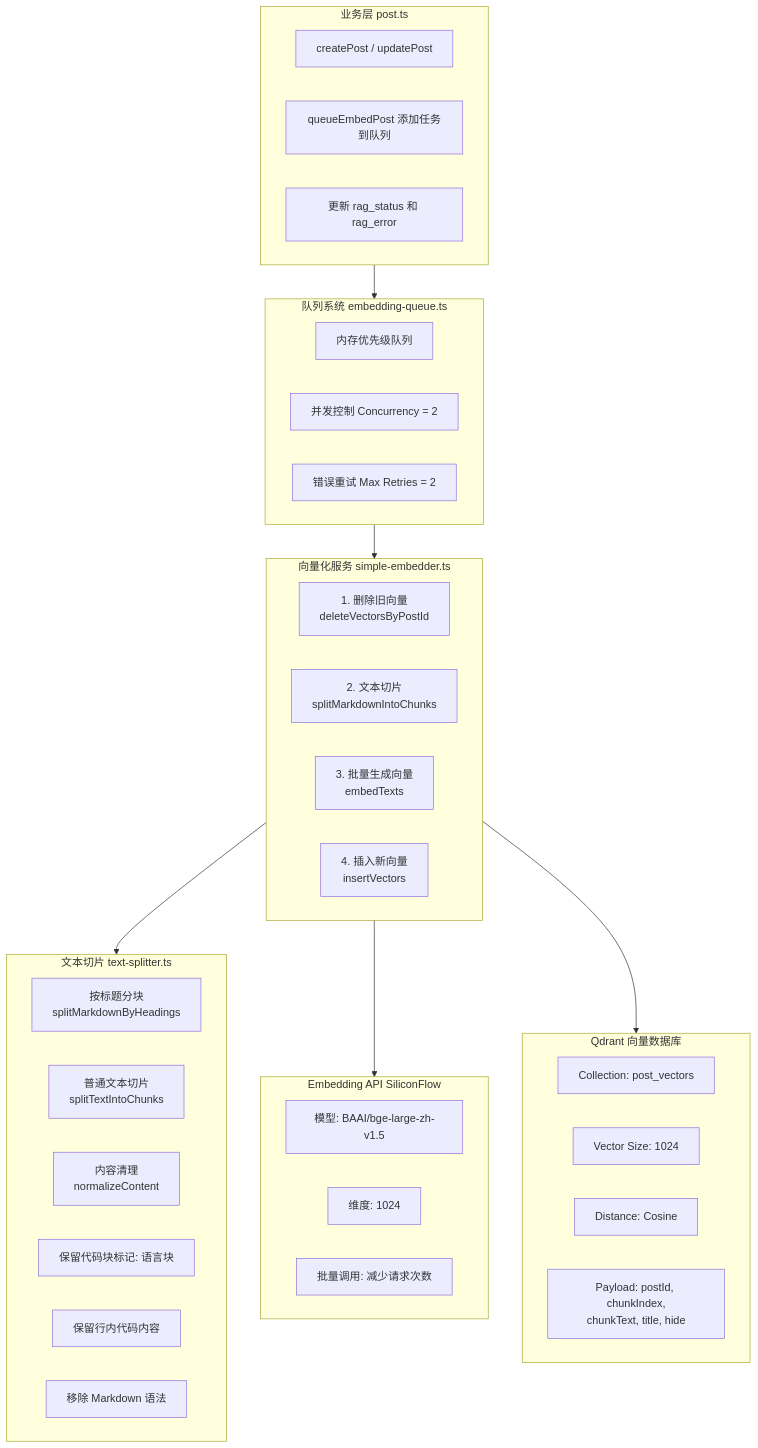
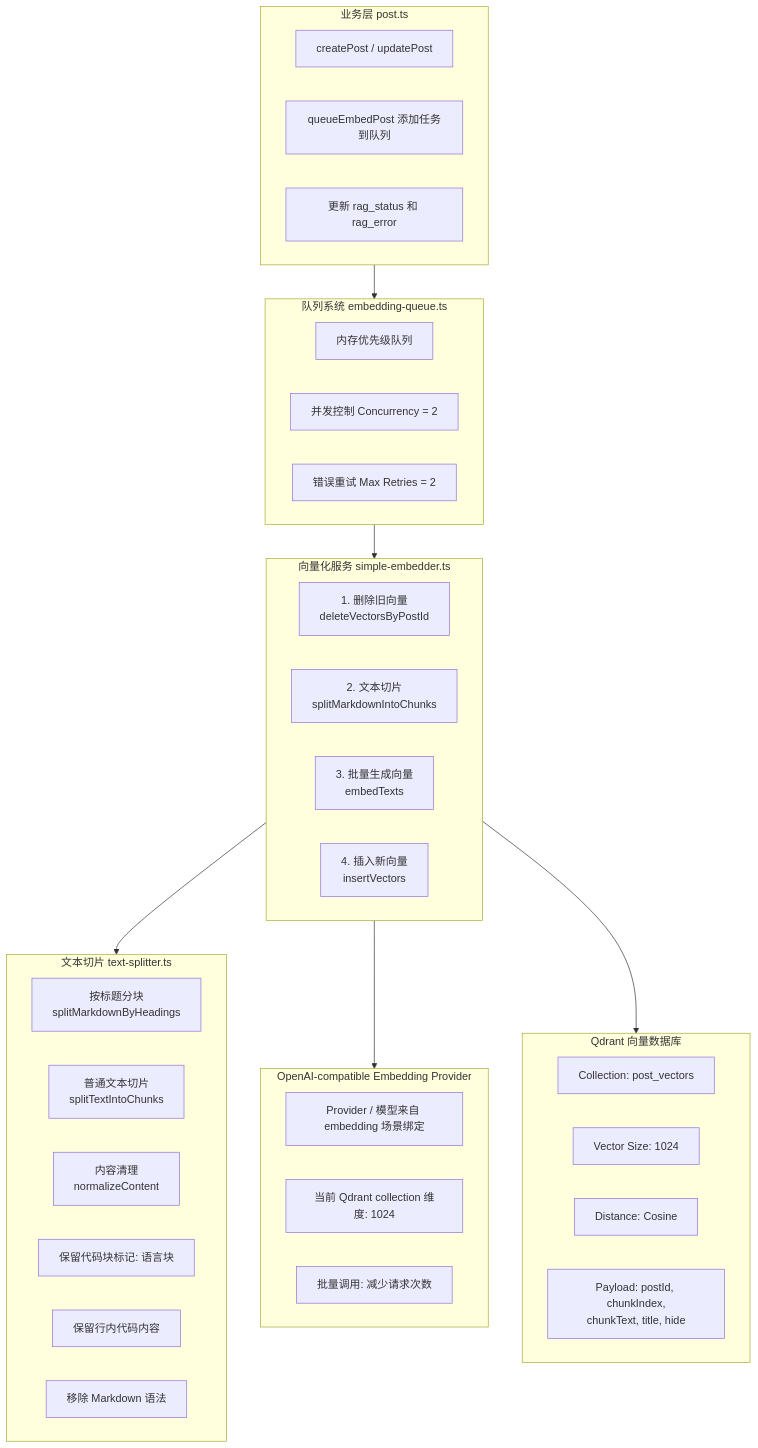
One commit to NNNNzs/react.nnnnzs.cn changed the diagram in docs/designs/vector/overview.md. Above: the diagram before and after it, drawn with Mermaid. The commit also changed other lines of this file and 37 other files, not shown here.

````diff
--- a/docs/designs/vector/overview.md
+++ b/docs/designs/vector/overview.md
@@ -27,49 +27,49 @@
 ```mermaid
 flowchart TB
     subgraph Business["业务层 post.ts"]
         A1["createPost / updatePost"]
         A2["queueEmbedPost 添加任务到队列"]
         A3["更新 rag_status 和 rag_error"]
     end
 
     subgraph Queue["队列系统 embedding-queue.ts"]
         B1["内存优先级队列"]
         B2["并发控制 Concurrency = 2"]
         B3["错误重试 Max Retries = 2"]
     end
 
     subgraph Embedder["向量化服务 simple-embedder.ts"]
         C1["1. 删除旧向量<br/>deleteVectorsByPostId"]
         C2["2. 文本切片<br/>splitMarkdownIntoChunks"]
         C3["3. 批量生成向量<br/>embedTexts"]
         C4["4. 插入新向量<br/>insertVectors"]
     end
 
     subgraph Splitter["文本切片 text-splitter.ts"]
         D1["按标题分块<br/>splitMarkdownByHeadings"]
         D2["普通文本切片<br/>splitTextIntoChunks"]
         D3["内容清理<br/>normalizeContent"]
         D4["保留代码块标记: 语言块"]
         D5["保留行内代码内容"]
         D6["移除 Markdown 语法"]
     end
 
-    subgraph API["Embedding API SiliconFlow"]
-        E1["模型: BAAI/bge-large-zh-v1.5"]
-        E2["维度: 1024"]
+    subgraph API["OpenAI-compatible Embedding Provider"]
+        E1["Provider / 模型来自 embedding 场景绑定"]
+        E2["当前 Qdrant collection 维度: 1024"]
         E3["批量调用: 减少请求次数"]
     end
 
     subgraph Qdrant["Qdrant 向量数据库"]
         F1["Collection: post_vectors"]
         F2["Vector Size: 1024"]
         F3["Distance: Cosine"]
         F4["Payload: postId, chunkIndex,<br/>chunkText, title, hide"]
     end
 
     Business --> Queue
     Queue --> Embedder
     Embedder --> Splitter
     Embedder --> API
     Embedder --> Qdrant
 ```
````
